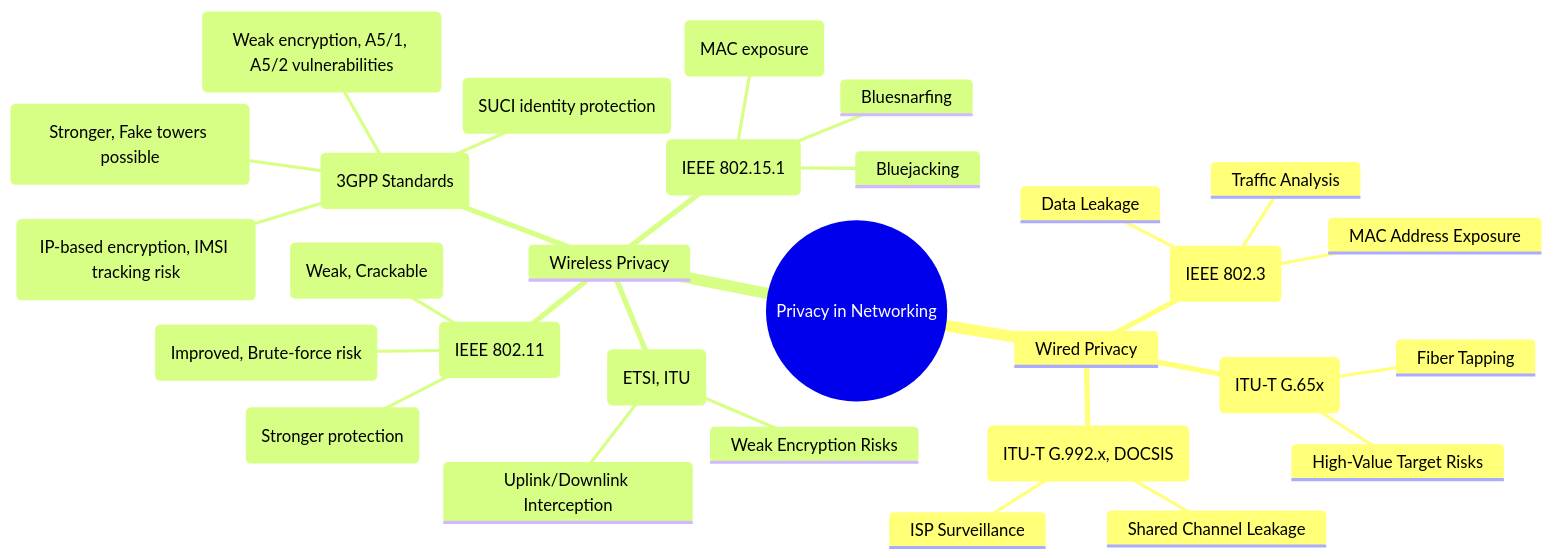
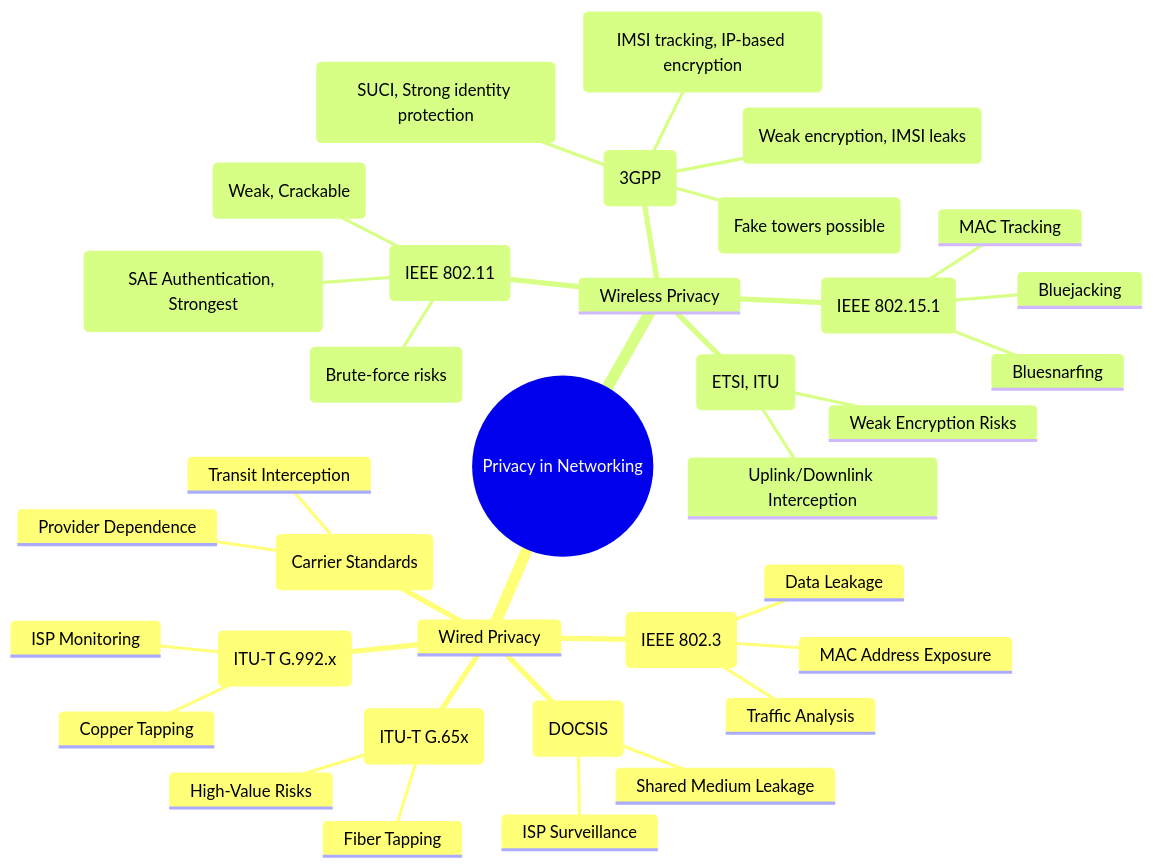
The diagram in Network_privacy_classification_wired_vs_wireless.md (Sourabh-Kumar04/Data_Privacy_and_Cryptography), drawn with Mermaid before and after one commit. The commit also changed other lines of this file, not shown here.

Commit message:
Use hybrid approach(technology + standard) for division instead of standard based approach

````diff
--- a/Network_privacy_classification_wired_vs_wireless.md
+++ b/Network_privacy_classification_wired_vs_wireless.md
@@ -7,32 +2,38 @@
 ```mermaid
 mindmap
   root((Privacy in Networking))
     Wired Privacy
       Ethernet (IEEE 802.3)
         Data Leakage
         MAC Address Exposure
         Traffic Analysis
       Fiber Optics (ITU-T G.65x)
         Fiber Tapping
-        High-Value Target Risks
-      DSL / Cable Internet (ITU-T G.992.x, DOCSIS)
-        Shared Channel Leakage
+        High-Value Risks
+      DSL Broadband (ITU-T G.992.x)
+        Copper Tapping
+        ISP Monitoring
+      Cable Internet (DOCSIS)
+        Shared Medium Leakage
         ISP Surveillance
+      Leased Lines/MPLS (Carrier Standards)
+        Provider Dependence
+        Transit Interception
     Wireless Privacy
       Wi-Fi (IEEE 802.11)
         WEP (Weak, Crackable)
-        WPA/WPA2 (Improved, Brute-force risk)
-        WPA3 (Stronger protection)
-      Cellular Networks (3GPP Standards)
-        2G (Weak encryption, A5/1, A5/2 vulnerabilities)
-        3G (Stronger, Fake towers possible)
-        4G LTE (IP-based encryption, IMSI tracking risk)
-        5G (SUCI identity protection)
+        WPA/WPA2 (Brute-force risks)
+        WPA3 (SAE Authentication, Strongest)
+      Mobile Networks (3GPP)
+        2G (Weak encryption, IMSI leaks)
+        3G (Fake towers possible)
+        4G (IMSI tracking, IP-based encryption)
+        5G (SUCI, Strong identity protection)
       Bluetooth (IEEE 802.15.1)
         Bluejacking
         Bluesnarfing
-        Device Tracking (MAC exposure)
+        MAC Tracking
       Satellite Communication (ETSI, ITU)
         Uplink/Downlink Interception
         Weak Encryption Risks
 ```
````
